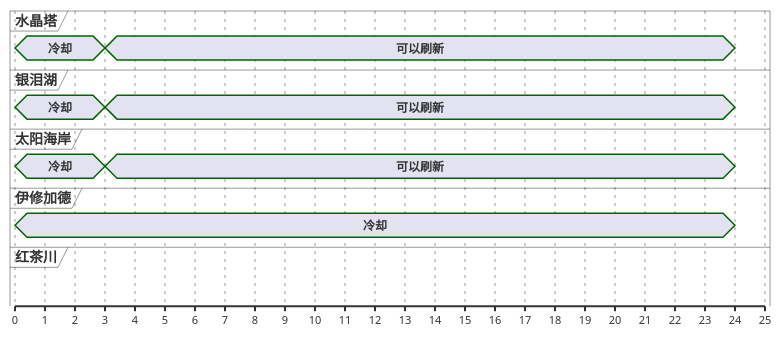
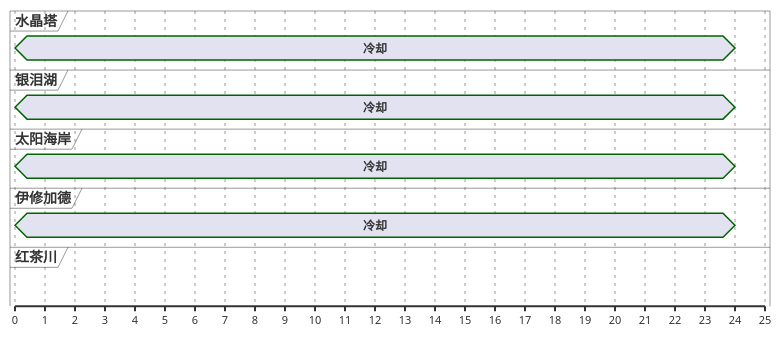
Before and after one commit to Eroleice/doc-pi: the fourth of 13 diagrams in ffxiv/hunt/2.0/Croakadile.md, drawn with PlantUML. The commit also changed other lines of this file and 38 other files, not shown here.

````diff
--- a/ffxiv/hunt/2.0/Croakadile.md
+++ b/ffxiv/hunt/2.0/Croakadile.md
@@ -186,34 +178,28 @@
 ```plantuml
 @startuml
 scale 1 as 30 pixels
 
 concise 水晶塔
 concise 银泪湖
 concise 太阳海岸
 concise 伊修加德
 concise 红茶川
 
 @银泪湖
 0 is 冷却
-3 is 可以刷新
-3 is 强制刷新
 24 is {hidden}
 
 @水晶塔
 0 is 冷却
-3 is 可以刷新
-3 is 强制刷新
 24 is {hidden}
 
 @太阳海岸
 0 is 冷却
-3 is 可以刷新
-3 is 强制刷新
 24 is {hidden}
 
 @伊修加德
 0 is 冷却
 24 is {hidden}
 
 @enduml
 ```
````
